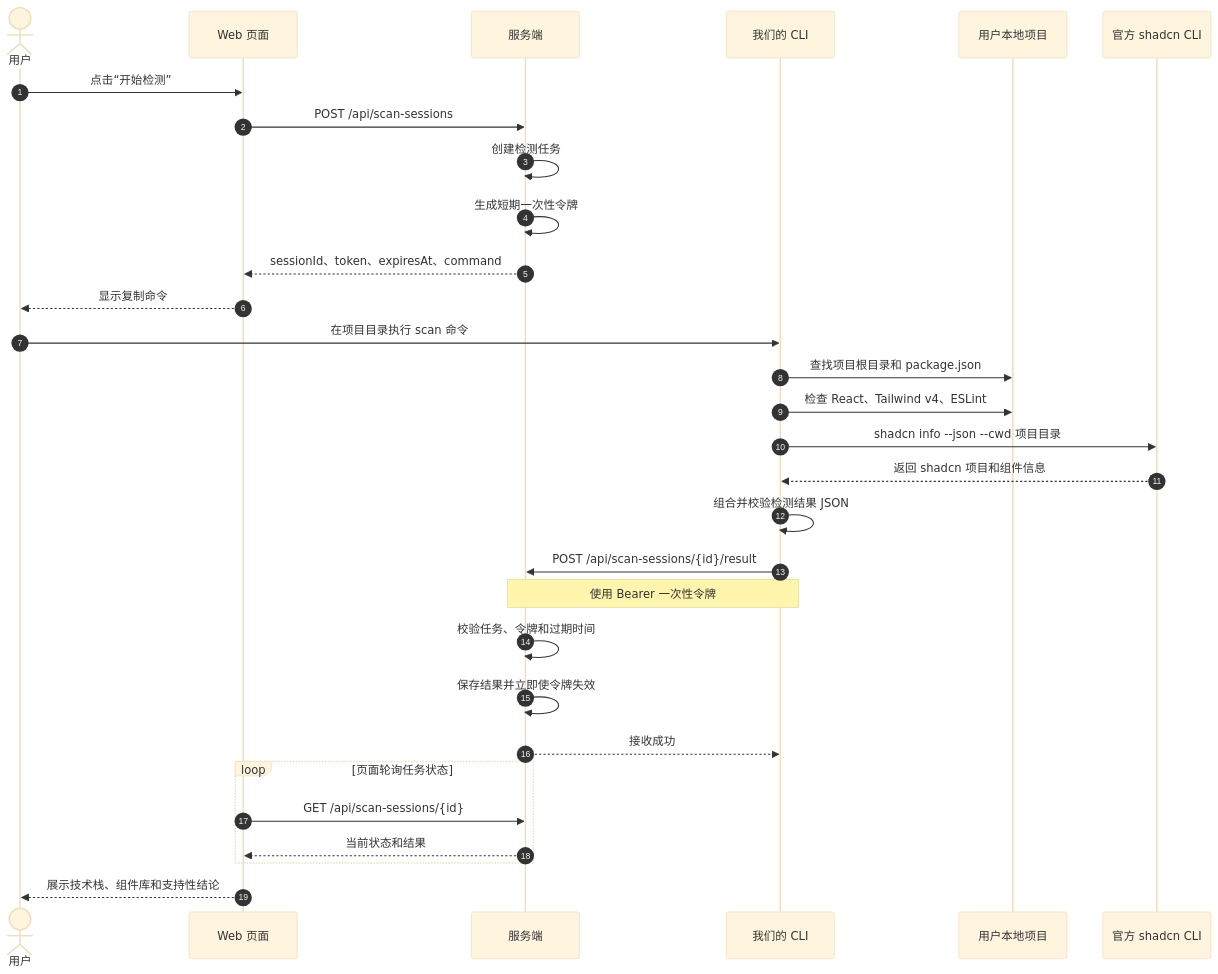
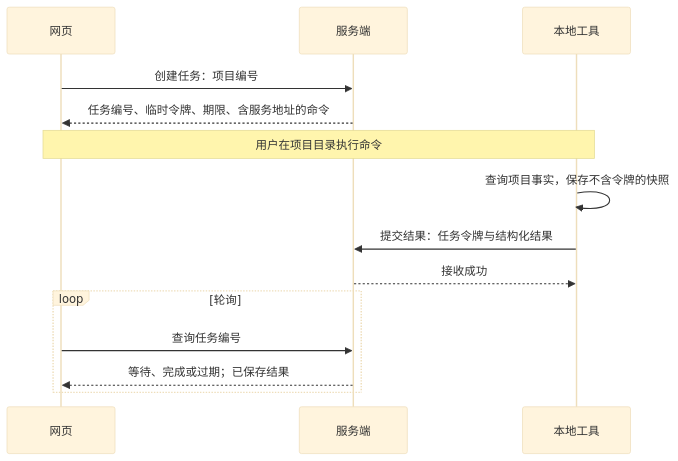
The first of 2 diagrams in docs/phases/01-project-scan/ticket-01-protocol.md (iamjeffwan/Lint), drawn with Mermaid (base theme) before and after one commit. The commit also changed other lines of this file and 13 other files, not shown here.

````diff
--- a/docs/phases/01-project-scan/ticket-01-protocol.md
+++ b/docs/phases/01-project-scan/ticket-01-protocol.md
@@ -5,37 +7,16 @@
 ```mermaid
 sequenceDiagram
-    autonumber
-    actor User as 用户
-    participant Web as Web 页面
+    participant Web as 网页
     participant Server as 服务端
-    participant CLI as 我们的 CLI
-    participant Project as 用户本地项目
-    participant Shadcn as 官方 shadcn CLI
-
-    User->>Web: 点击“开始检测”
-    Web->>Server: POST /api/scan-sessions
-    Server->>Server: 创建检测任务
-    Server->>Server: 生成短期一次性令牌
-    Server-->>Web: sessionId、token、expiresAt、command
-    Web-->>User: 显示复制命令
-
-    User->>CLI: 在项目目录执行 scan 命令
-    CLI->>Project: 查找项目根目录和 package.json
-    CLI->>Project: 检查 React、Tailwind v4、ESLint
-    CLI->>Shadcn: shadcn info --json --cwd 项目目录
-    Shadcn-->>CLI: 返回 shadcn 项目和组件信息
-    CLI->>CLI: 组合并校验检测结果 JSON
-
-    CLI->>Server: POST /api/scan-sessions/{id}/result
-    Note over CLI,Server: 使用 Bearer 一次性令牌
-    Server->>Server: 校验任务、令牌和过期时间
-    Server->>Server: 保存结果并立即使令牌失效
+    participant CLI as 本地工具
+    Web->>Server: 创建任务：项目编号
+    Server-->>Web: 任务编号、临时令牌、期限、含服务地址的命令
+    Note over Web,CLI: 用户在项目目录执行命令
+    CLI->>CLI: 查询项目事实，保存不含令牌的快照
+    CLI->>Server: 提交结果：任务令牌与结构化结果
     Server-->>CLI: 接收成功
-
-    loop 页面轮询任务状态
-        Web->>Server: GET /api/scan-sessions/{id}
-        Server-->>Web: 当前状态和结果
+    loop 轮询
+        Web->>Server: 查询任务编号
+        Server-->>Web: 等待、完成或过期；已保存结果
     end
-
-    Web-->>User: 展示技术栈、组件库和支持性结论
 ```
````
